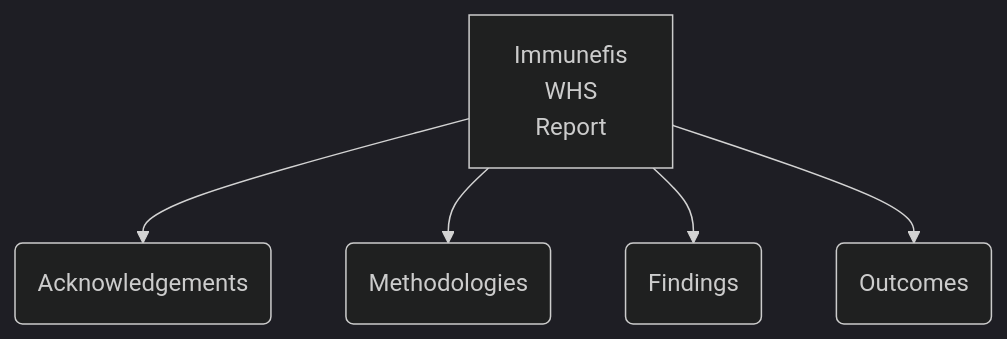
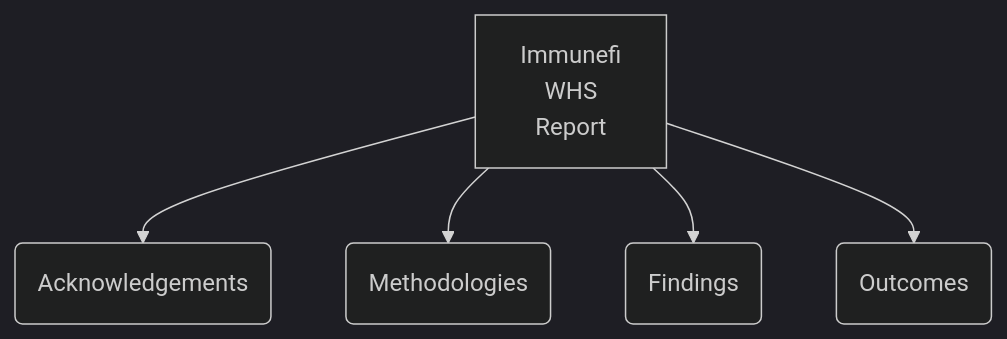
The diagram in b1/src/c1.md (m0ham3dx/Immunefi-WHS-Report), drawn with Mermaid before and after one commit. The commit also changed other lines of this file and 3 other files, not shown here.

````diff
--- a/b1/src/c1.md
+++ b/b1/src/c1.md
@@ -18,8 +18,8 @@
 ```mermaid
 %%{init: {'theme':'dark'}}%%
 graph TD
-    A[Immunefis<br>WHS<br>Report] --> A1(Acknowledgements)
+    A[Immunefi<br>WHS<br>Report] --> A1(Acknowledgements)
     A --> A2(Methodologies)
     A --> A3(Findings)
     A --> A4(Outcomes)
 ```
````
